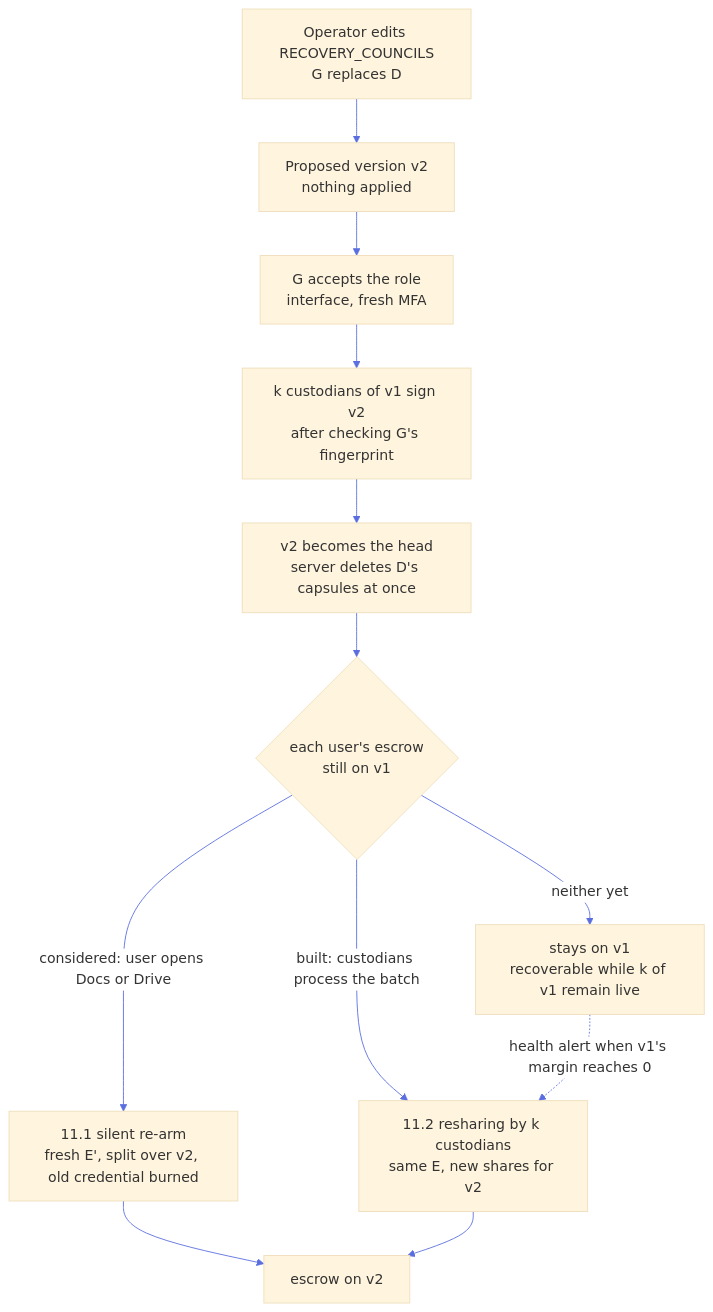
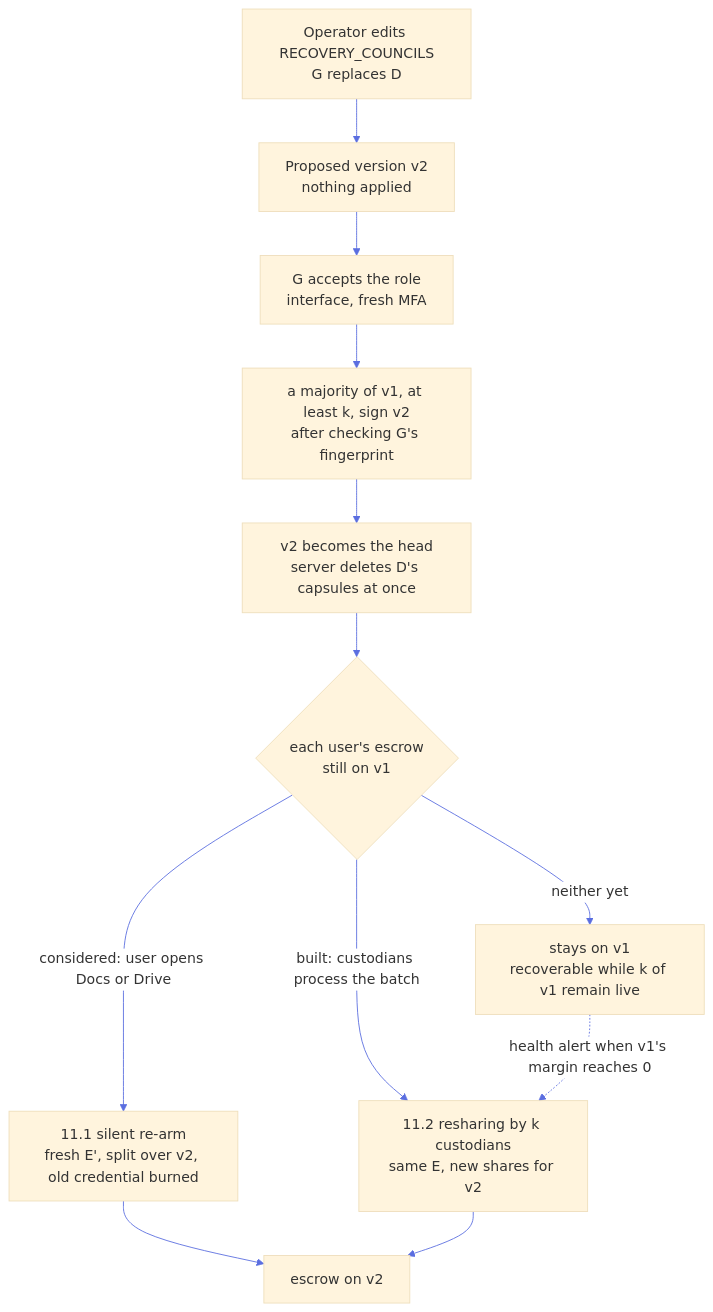
One commit to suitenumerique/encryption changed diagram 16 of 22 in shamir.md. Above: the diagram before and after it, drawn with Mermaid. The commit also changed other lines of this file and 75 other files, not shown here.

````diff
--- a/shamir.md
+++ b/shamir.md
@@ -632,15 +636,15 @@
 ```mermaid
 %%{init: {'theme':'base','look':'classic','themeVariables':{'lineColor':'#5b6ee0','edgeLabelBackground':'#ffffff','clusterBkg':'#f5f7ff','clusterBorder':'#9aa7e8','titleColor':'#1a1a2e'},'themeCSS':'.edgeLabel p{background-color:#ffffff;color:#444;font-style:italic;border:1px solid #b5b5b5;padding:2px 8px;border-radius:10px;margin:0;} .edgeLabel .labelBkg{background:transparent;}'}}%%
 flowchart TD
   CFG[Operator edits RECOVERY_COUNCILS<br/>G replaces D] --> PEND[Proposed version v2<br/>nothing applied]
   PEND --> ACC[G accepts the role<br/>interface, fresh MFA]
-  ACC --> SIG[k custodians of v1 sign v2<br/>after checking G's fingerprint]
+  ACC --> SIG[a majority of v1, at least k, sign v2<br/>after checking G's fingerprint]
   SIG --> HEAD[v2 becomes the head<br/>server deletes D's capsules at once]
   HEAD --> ESC{each user's escrow<br/>still on v1}
   ESC -->|considered: user opens Docs or Drive| REARM[11.1 silent re-arm<br/>fresh E', split over v2, old credential burned]
   ESC -->|built: custodians process the batch| RESH[11.2 resharing by k custodians<br/>same E, new shares for v2]
   ESC -->|neither yet| WAIT[stays on v1<br/>recoverable while k of v1 remain live]
   WAIT -.->|health alert when v1's margin reaches 0| RESH
   REARM --> DONE[escrow on v2]
   RESH --> DONE
 ```
````
